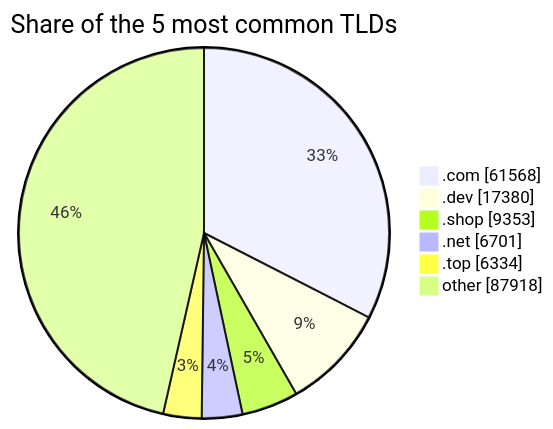
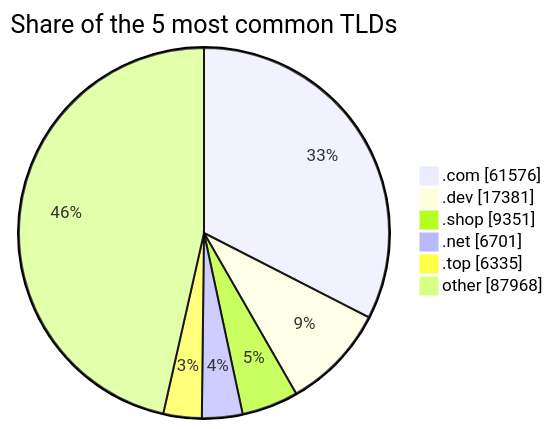
Before and after one commit to DNSBunker/CTI: the third of 3 diagrams in README.md, drawn with Mermaid. The commit also changed other lines of this file and 3 other files, not shown here.

````diff
--- a/README.md
+++ b/README.md
@@ -81,9 +81,9 @@
 ```mermaid
 pie showData title Share of the 5 most common TLDs
-    ".com" : 61568
-    ".dev" : 17380
-    ".shop" : 9353
+    ".com" : 61576
+    ".dev" : 17381
+    ".shop" : 9351
     ".net" : 6701
-    ".top" : 6334
-    "other" : 87918
+    ".top" : 6335
+    "other" : 87968
 ```
````
